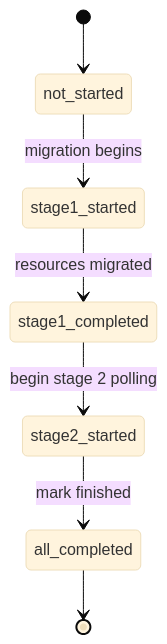
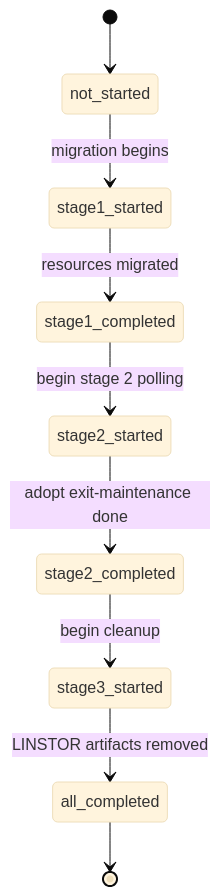
One commit to deckhouse/sds-replicated-volume changed the first of 2 diagrams in images/linstor-migrator/README.md. Above: the diagram before and after it, drawn with Mermaid (base theme). The commit also changed other lines of this file and 13 other files, not shown here.

First line of the commit message:
[linstor-migrator] Split into per-stage files, add stage 3 for LINSTOR cleanup

````diff
--- a/images/linstor-migrator/README.md
+++ b/images/linstor-migrator/README.md
@@ -28,9 +31,11 @@
 ```mermaid
 stateDiagram-v2
     [*] --> not_started
     not_started --> stage1_started : migration begins
     stage1_started --> stage1_completed : resources migrated
     stage1_completed --> stage2_started : begin stage 2 polling
-    stage2_started --> all_completed : mark finished
+    stage2_started --> stage2_completed : adopt exit-maintenance done
+    stage2_completed --> stage3_started : begin cleanup
+    stage3_started --> all_completed : LINSTOR artifacts removed
     all_completed --> [*]
 ```
````
